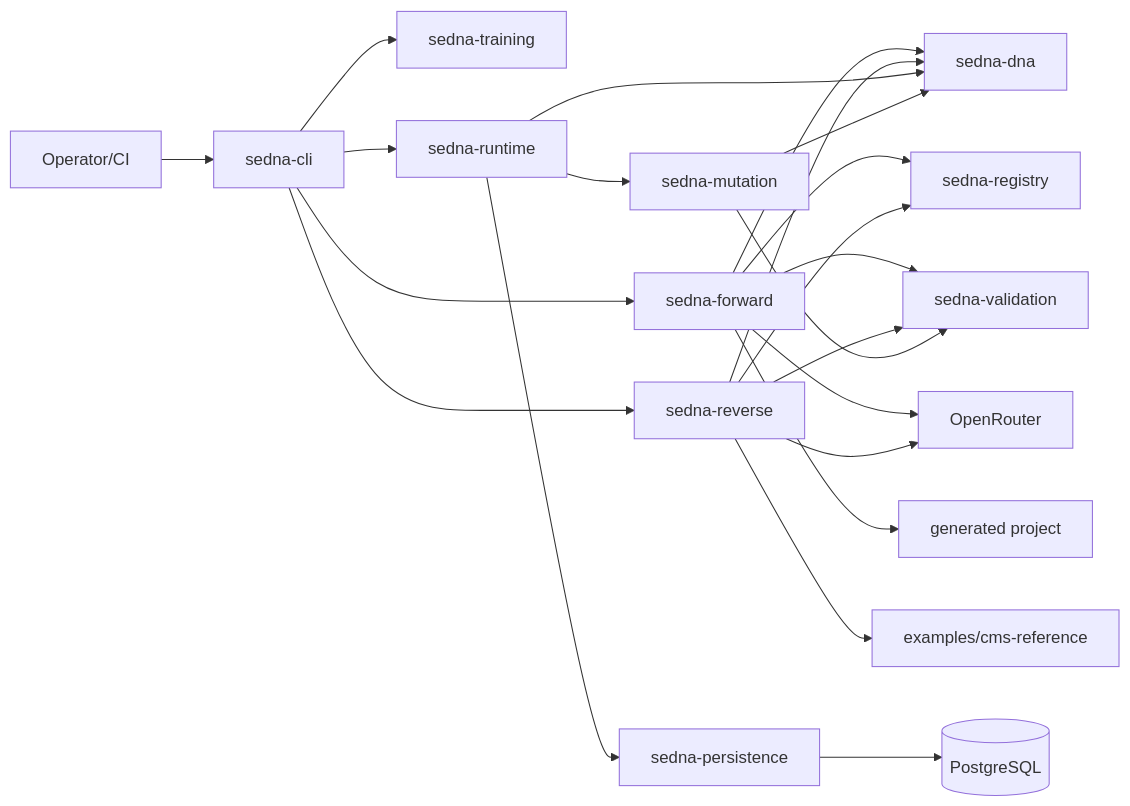
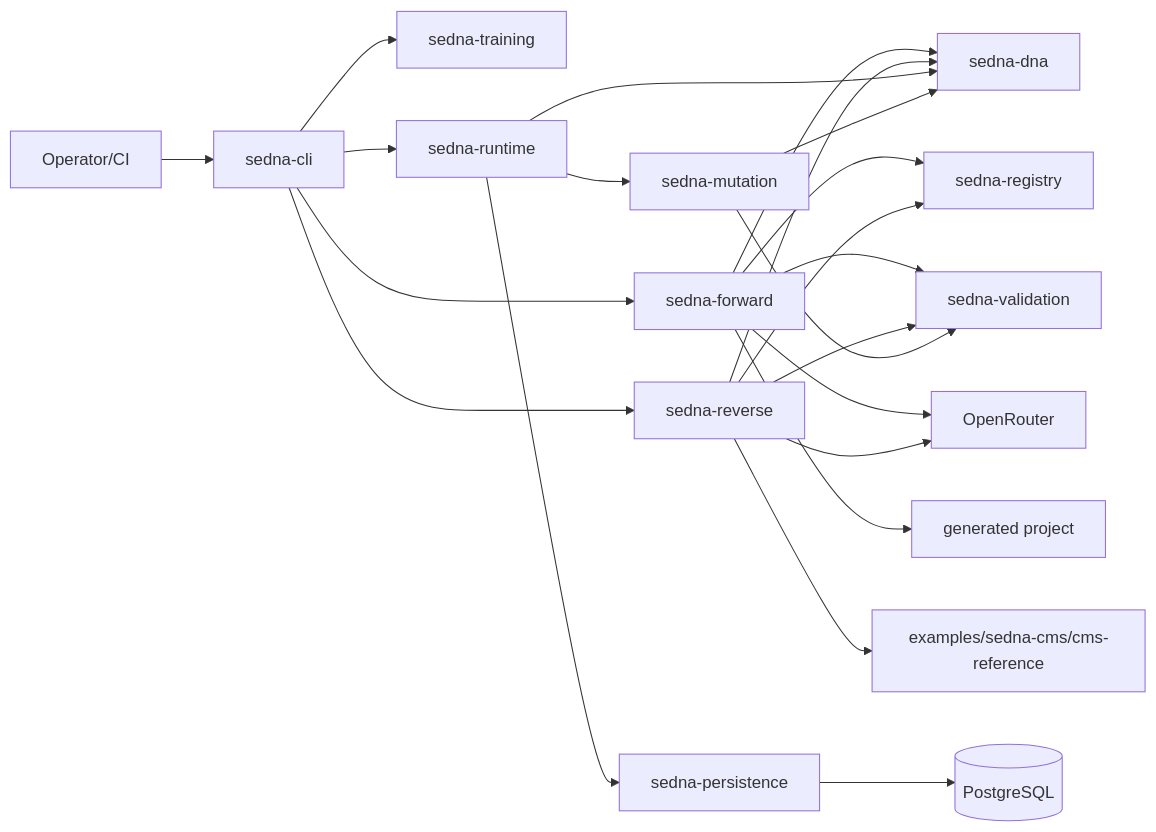
One commit to Lezhik/sedna changed the diagram in docs/sedna_detailed_design.md. Above: the diagram before and after it, drawn with Mermaid. The commit also changed other lines of this file and 132 other files, not shown here.

Commit message:
sedna examples/dataset refactoring

````diff
--- a/docs/sedna_detailed_design.md
+++ b/docs/sedna_detailed_design.md
@@ -388,24 +388,24 @@
 ```mermaid
 graph LR
   Op[Operator/CI] --> CLI[sedna-cli]
   CLI --> FWD[sedna-forward]
   CLI --> REV[sedna-reverse]
   CLI --> TRN[sedna-training]
   CLI --> RT[sedna-runtime]
   FWD --> DNA[sedna-dna]
   REV --> DNA
   RT --> DNA
   FWD --> REG[sedna-registry]
   REV --> REG
   FWD --> VAL[sedna-validation]
   REV --> VAL
   RT --> PER[sedna-persistence]
   RT --> MUT[sedna-mutation]
   MUT --> VAL[sedna-validation]
   MUT --> DNA
   PER --> PG[(PostgreSQL)]
   FWD --> OR[OpenRouter]
   REV --> OR
-  REV --> CMS[examples/cms-reference]
+  REV --> CMS[examples/sedna-cms/cms-reference]
   FWD --> GEN[generated project]
 ```
````
